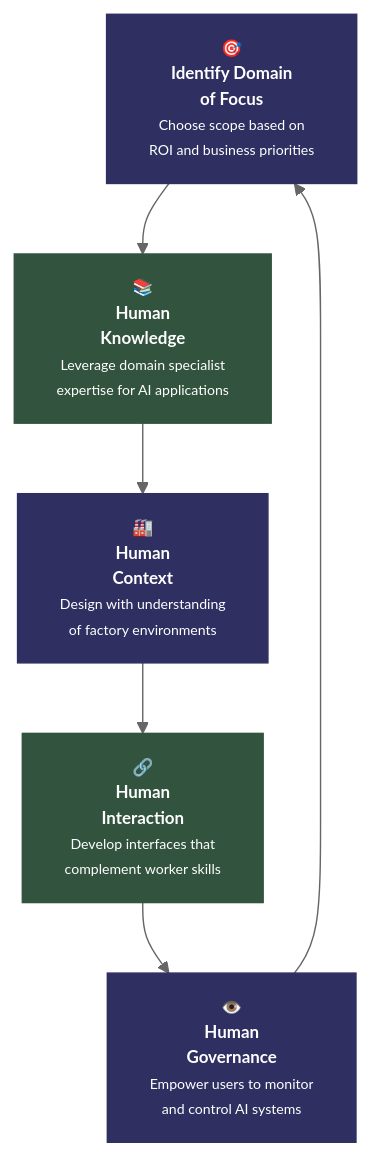
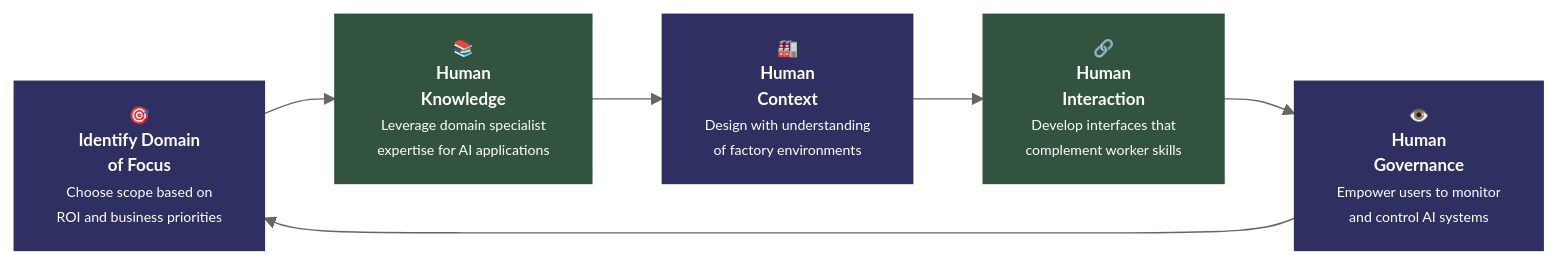
Before and after one commit to isaacGAIS/diagramLN: the diagram in factory-ai-implementation-diagram.md, drawn with Mermaid (neutral theme). The commit also changed other lines of this file, not shown here.

````diff
--- a/factory-ai-implementation-diagram.md
+++ b/factory-ai-implementation-diagram.md
@@ -66,26 +105,26 @@
 ```mermaid
-graph TB
+graph LR
     A["🎯<br/><b>Identify Domain<br/>of Focus</b><br/><small>Choose scope based on<br/>ROI and business priorities</small>"]
     B["📚<br/><b>Human<br/>Knowledge</b><br/><small>Leverage domain specialist<br/>expertise for AI applications</small>"]
     C["🏭<br/><b>Human<br/>Context</b><br/><small>Design with understanding<br/>of factory environments</small>"]
     D["🔗<br/><b>Human<br/>Interaction</b><br/><small>Develop interfaces that<br/>complement worker skills</small>"]
     E["👁️<br/><b>Human<br/>Governance</b><br/><small>Empower users to monitor<br/>and control AI systems</small>"]
     
     A --> B
     B --> C
     C --> D
     D --> E
     E --> A
     
     classDef step1 fill:#2F3061,stroke:#2F3061,stroke-width:1px,color:#fff,font-size:12px
     classDef step2 fill:#32533D,stroke:#32533D,stroke-width:1px,color:#fff,font-size:12px
     classDef step3 fill:#2F3061,stroke:#2F3061,stroke-width:1px,color:#fff,font-size:12px
     classDef step4 fill:#32533D,stroke:#32533D,stroke-width:1px,color:#fff,font-size:12px
     classDef step5 fill:#2F3061,stroke:#2F3061,stroke-width:1px,color:#fff,font-size:12px
     
     class A step1
     class B step2
     class C step3
     class D step4
     class E step5
 ```
````
